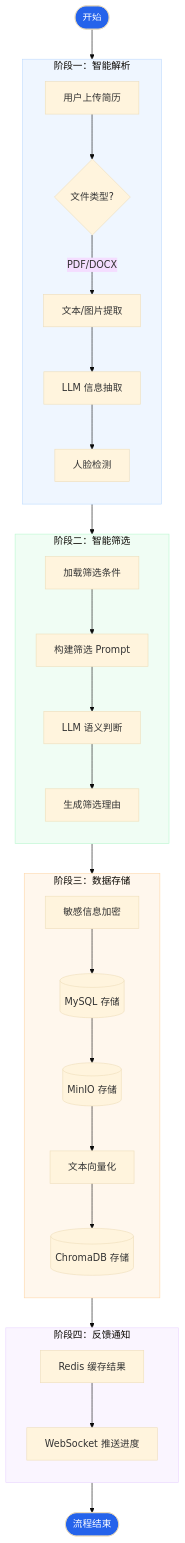
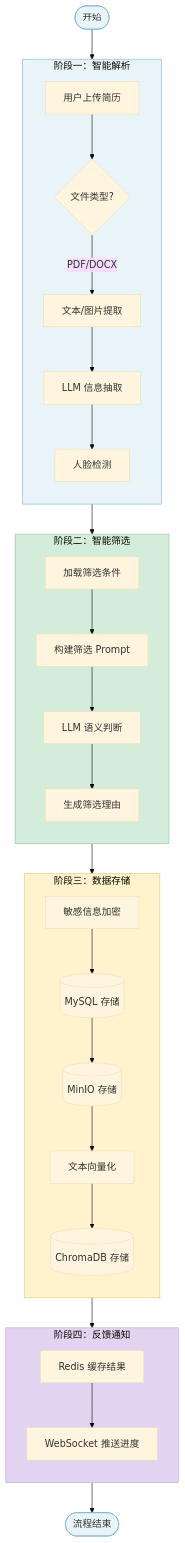
The sixth of 18 diagrams in README.md (xt765/ResumeScreening), drawn with Mermaid (base theme) before and after one commit. The commit also changed other lines of this file and 4 other files, not shown here.

````diff
--- a/README.md
+++ b/README.md
@@ -265,44 +270,44 @@
 ```mermaid
 graph TD
     Start([开始]) --> Upload[用户上传简历]
     
     subgraph P1 [阶段一：智能解析]
         direction TB
         Upload --> Parse{文件类型?}
         Parse -->|PDF/DOCX| Extract[文本/图片提取]
         Extract --> LLM1[LLM 信息抽取]
         LLM1 --> Face[人脸检测]
     end
     
     subgraph P2 [阶段二：智能筛选]
         direction TB
         Face --> Cond[加载筛选条件]
         Cond --> Prompt[构建筛选 Prompt]
         Prompt --> LLM2[LLM 语义判断]
         LLM2 --> Reason[生成筛选理由]
     end
     
     subgraph P3 [阶段三：数据存储]
         direction TB
         Reason --> Encrypt[敏感信息加密]
         Encrypt --> SaveDB[(MySQL 存储)]
         SaveDB --> SaveOSS[(MinIO 存储)]
         SaveOSS --> Embed[文本向量化]
         Embed --> SaveVec[(ChromaDB 存储)]
     end
     
     subgraph P4 [阶段四：反馈通知]
         direction TB
         SaveVec --> Cache[Redis 缓存结果]
         Cache --> Notify[WebSocket 推送进度]
     end
 
     Notify --> End([流程结束])
 
-    style Start fill:#2563eb,color:#fff
-    style End fill:#2563eb,color:#fff
-    style P1 fill:#eff6ff,stroke:#bfdbfe
-    style P2 fill:#f0fdf4,stroke:#bbf7d0
-    style P3 fill:#fff7ed,stroke:#fed7aa
-    style P4 fill:#faf5ff,stroke:#e9d5ff
+    style Start fill:#e8f4f8,stroke:#7fb3d5
+    style End fill:#e8f4f8,stroke:#7fb3d5
+    style P1 fill:#e8f4f8,stroke:#7fb3d5
+    style P2 fill:#d4edda,stroke:#90c695
+    style P3 fill:#fff3cd,stroke:#e0c97f
+    style P4 fill:#e2d4f0,stroke:#b8a9d0
 ```
````
